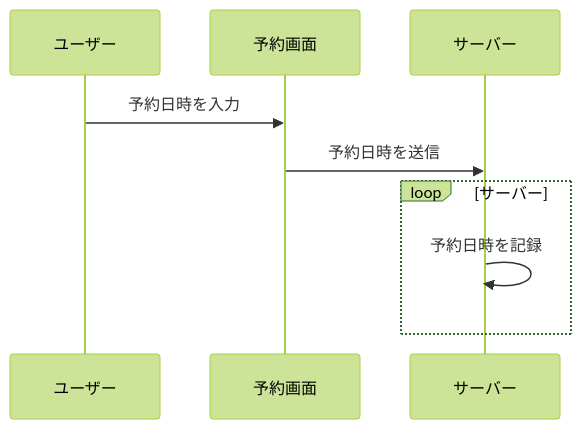
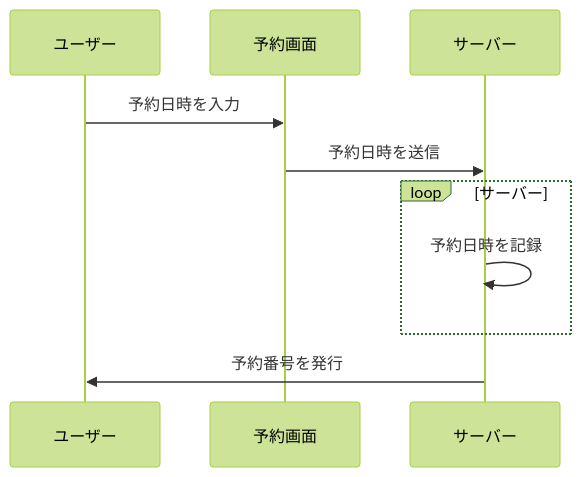
The second of 2 diagrams in README.md (tpu-game-2022/mermaid_test), drawn with Mermaid (forest theme) before and after one commit.

````diff
--- a/README.md
+++ b/README.md
@@ -43,11 +43,12 @@
 ```mermaid
 sequenceDiagram
  participant ユーザー
  participant 予約画面
  participant サーバー
  ユーザー->> 予約画面:予約日時を入力
  予約画面->> サーバー:予約日時を送信
  loop サーバー
  サーバー->> サーバー:予約日時を記録
  end
+ サーバー->>ユーザー:予約番号を発行
 ```
````
